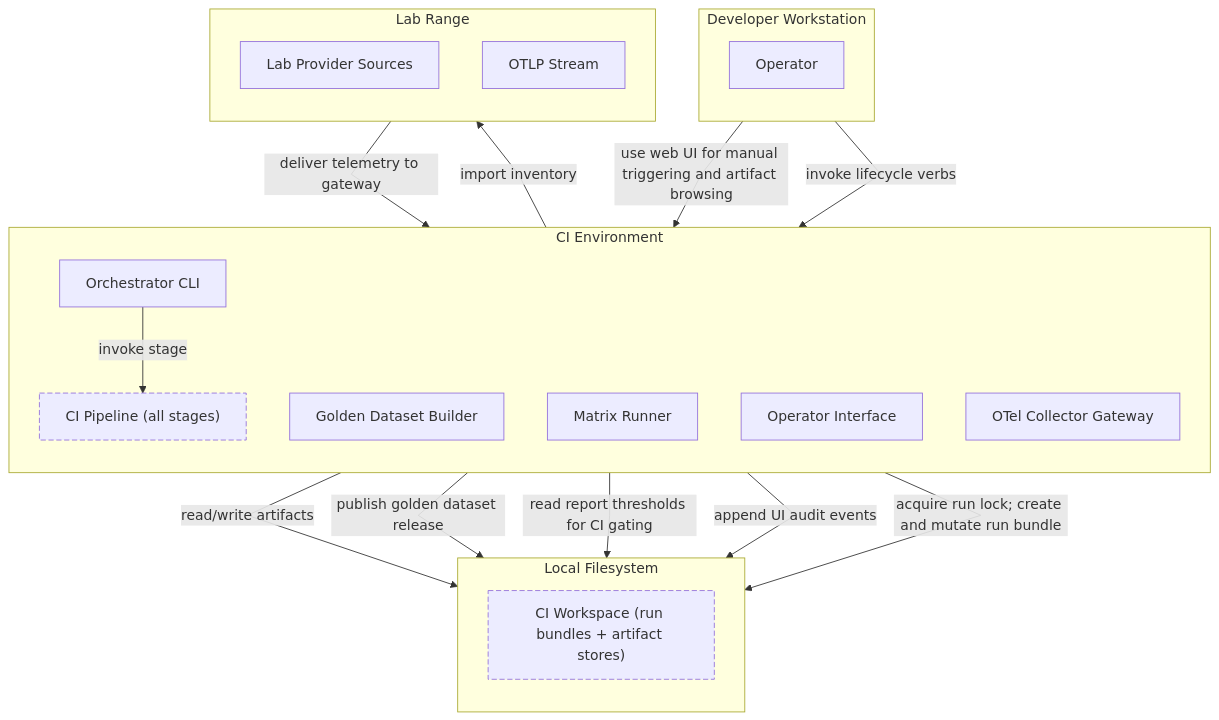
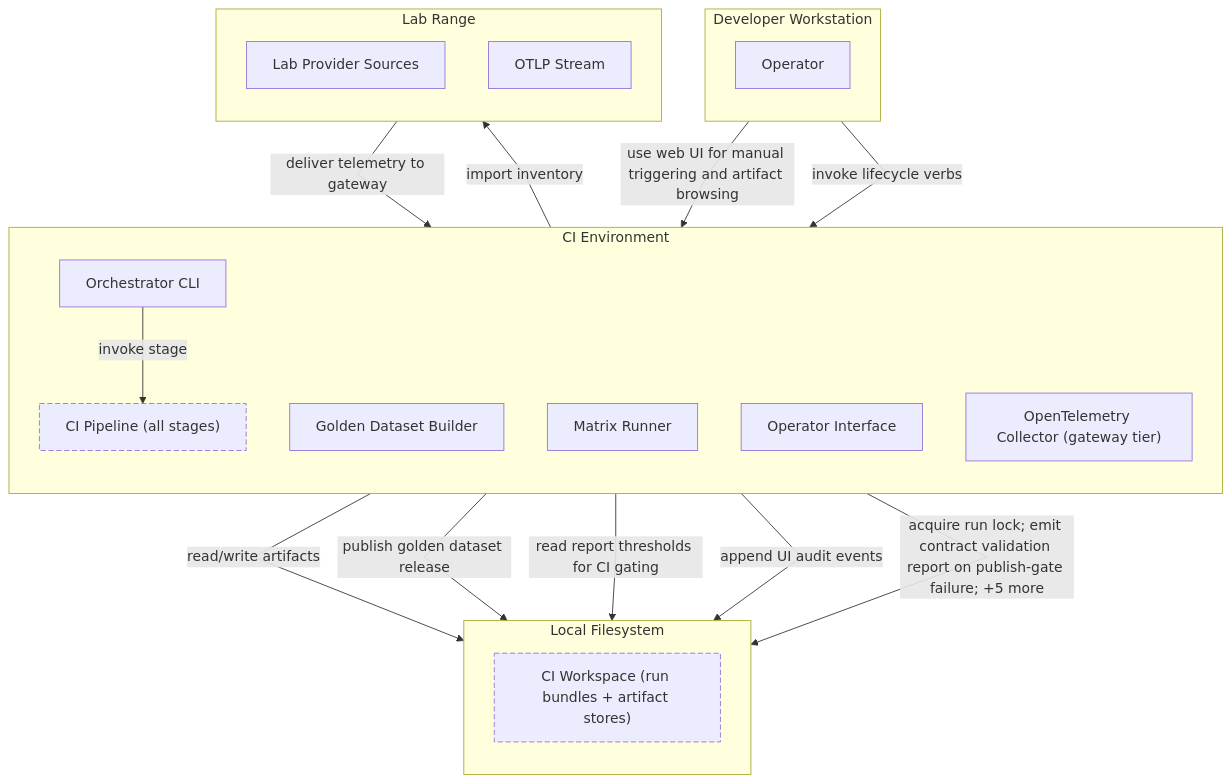
Before and after one commit to JochiRaider/purple-axiom: the diagram in docs/diagrams/generated/trust_boundaries.md, drawn with Mermaid. The commit also changed 22 other files, not shown here.

````diff
--- a/docs/diagrams/generated/trust_boundaries.md
+++ b/docs/diagrams/generated/trust_boundaries.md
@@ -3,38 +3,38 @@
 ```mermaid
 %%{init: {"flowchart": {"curve":"linear", "useMaxWidth": false}} }%%
 flowchart TB
   subgraph developer_workstation["Developer Workstation"]
     direction TB
     operator["Operator"]
   end
   subgraph ci_environment["CI Environment"]
     direction TB
     agg_ci_pipeline["CI Pipeline (all stages)"]
     golden_dataset_builder["Golden Dataset Builder"]
     matrix_runner["Matrix Runner"]
     operator_interface["Operator Interface"]
     orchestrator_cli["Orchestrator CLI"]
-    otel_collector_gateway["OTel Collector Gateway"]
+    otel_collector_gateway["OpenTelemetry Collector (gateway tier)"]
   end
   subgraph lab_range["Lab Range"]
     direction TB
     lab_provider_sources["Lab Provider Sources"]
     otlp_stream["OTLP Stream"]
   end
   subgraph local_filesystem["Local Filesystem"]
     direction TB
     agg_ci_workspace["CI Workspace (run bundles + artifact stores)"]
   end
   agg_ci_pipeline -->|read/write artifacts| agg_ci_workspace
   agg_ci_pipeline -->|import inventory| lab_provider_sources
   golden_dataset_builder -->|publish golden dataset release| agg_ci_workspace
   matrix_runner -->|read report thresholds for CI gating| agg_ci_workspace
   operator -->|use web UI for manual triggering and artifact browsing| operator_interface
   operator -->|invoke lifecycle verbs| orchestrator_cli
   operator_interface -->|append UI audit events| agg_ci_workspace
   orchestrator_cli -->|invoke stage| agg_ci_pipeline
-  orchestrator_cli -->|acquire run lock; create and mutate run bundle| agg_ci_workspace
+  orchestrator_cli -->|acquire run lock; emit contract validation report on publish-gate failure; +5 more| agg_ci_workspace
   otlp_stream -->|deliver telemetry to gateway| otel_collector_gateway
   classDef aggregate stroke-dasharray: 6 3
   class agg_ci_pipeline,agg_ci_workspace aggregate
 ```
````
